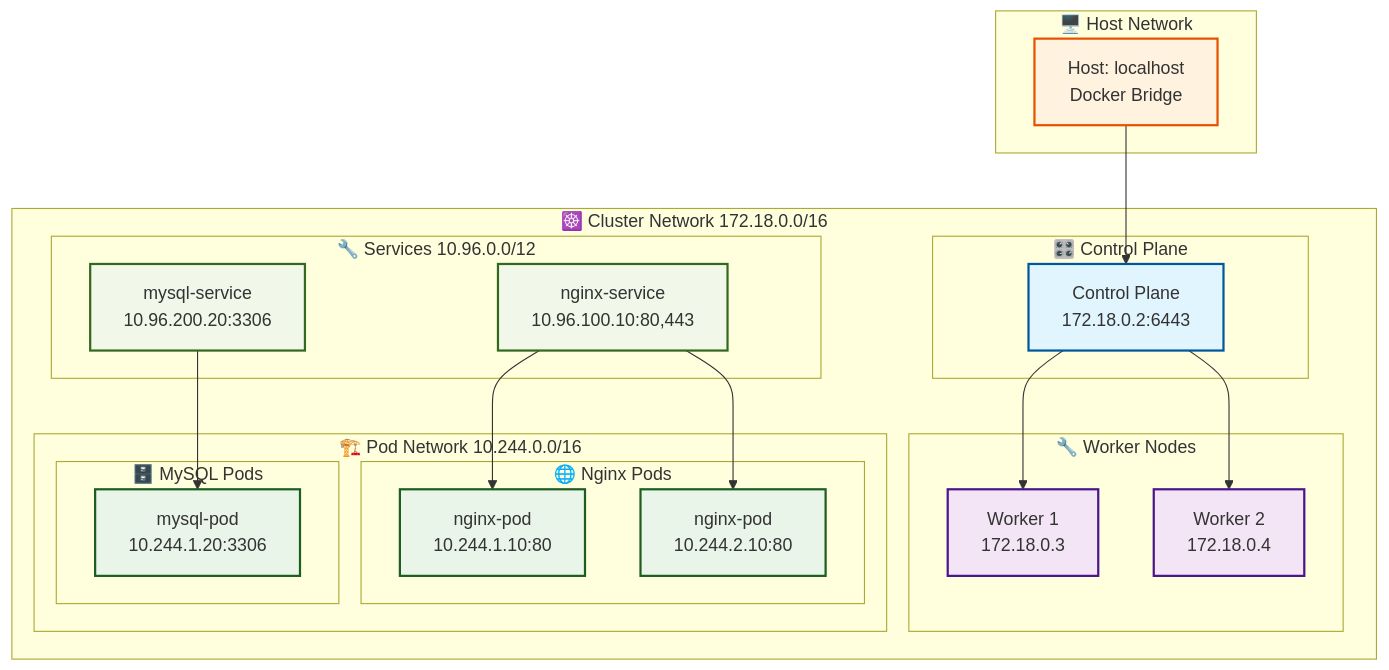
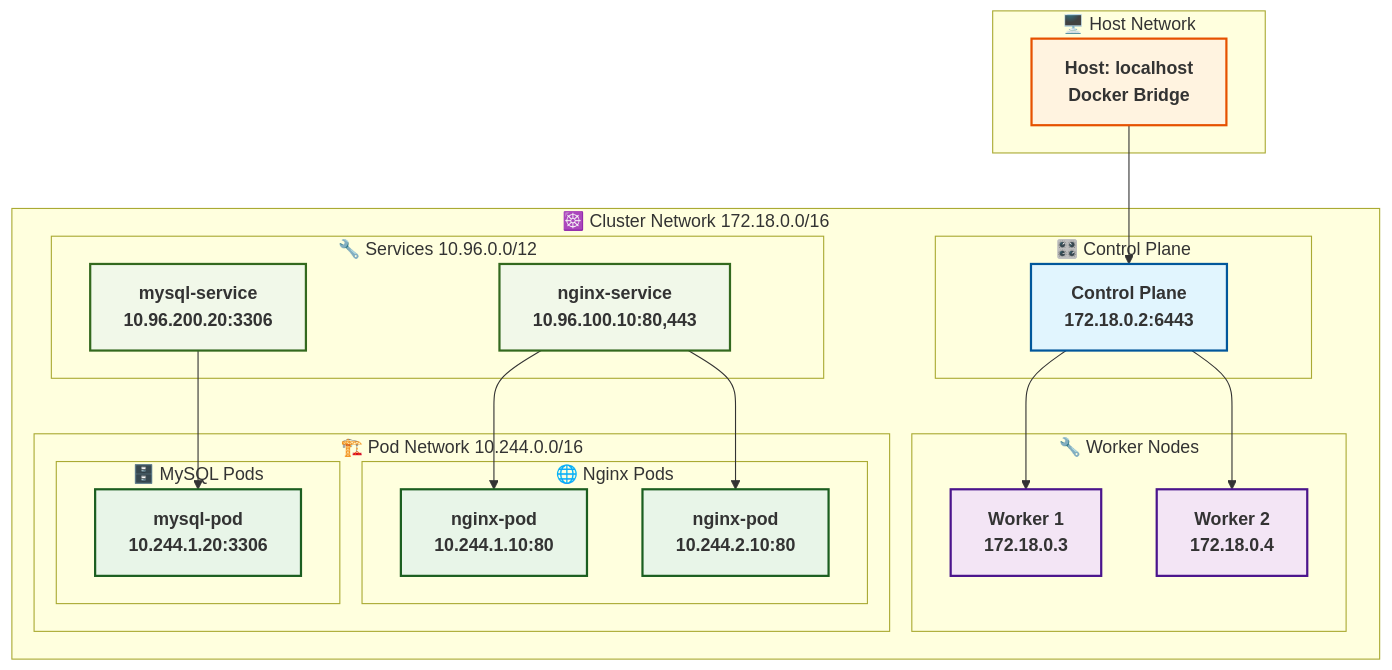
The sixth of 9 diagrams in ARCHITECTURE.md (msreekanth02/kind-kubernetes-cluster-manager), drawn with Mermaid before and after one commit. The commit also changed other lines of this file, not shown here.

First line of the commit message:
🎨 Enhance all Mermaid diagrams with improved typography

````diff
--- a/ARCHITECTURE.md
+++ b/ARCHITECTURE.md
@@ -212,53 +212,53 @@
 ```mermaid
 graph TB
     subgraph "🖥️ Host Network"
         HOST_IP["Host: localhost<br/>Docker Bridge"]
     end
     
     subgraph "☸️ Cluster Network 172.18.0.0/16"
         subgraph "🎛️ Control Plane"
             CP_NODE["Control Plane<br/>172.18.0.2:6443"]
         end
         
         subgraph "🔧 Worker Nodes"
             W1_NODE["Worker 1<br/>172.18.0.3"]
             W2_NODE["Worker 2<br/>172.18.0.4"]
         end
         
         subgraph "🏗️ Pod Network 10.244.0.0/16"
             subgraph "🌐 Nginx Pods"
                 NGINX_POD1["nginx-pod<br/>10.244.1.10:80"]
                 NGINX_POD2["nginx-pod<br/>10.244.2.10:80"]
             end
             
             subgraph "🗄️ MySQL Pods"
                 MYSQL_POD["mysql-pod<br/>10.244.1.20:3306"]
             end
         end
         
         subgraph "🔧 Services 10.96.0.0/12"
             NGINX_SVC["nginx-service<br/>10.96.100.10:80,443"]
             MYSQL_SVC["mysql-service<br/>10.96.200.20:3306"]
         end
     end
     
     HOST_IP --> CP_NODE
     CP_NODE --> W1_NODE
     CP_NODE --> W2_NODE
     
     NGINX_SVC --> NGINX_POD1
     NGINX_SVC --> NGINX_POD2
     MYSQL_SVC --> MYSQL_POD
     
-    classDef host fill:#fff3e0,stroke:#e65100,stroke-width:2px
-    classDef control fill:#e1f5fe,stroke:#01579b,stroke-width:2px
-    classDef worker fill:#f3e5f5,stroke:#4a148c,stroke-width:2px
-    classDef pod fill:#e8f5e8,stroke:#1b5e20,stroke-width:2px
-    classDef service fill:#f1f8e9,stroke:#33691e,stroke-width:2px
+    classDef host fill:#fff3e0,stroke:#e65100,stroke-width:2px,font-size:16px,font-weight:bold
+    classDef control fill:#e1f5fe,stroke:#01579b,stroke-width:2px,font-size:16px,font-weight:bold
+    classDef worker fill:#f3e5f5,stroke:#4a148c,stroke-width:2px,font-size:16px,font-weight:bold
+    classDef pod fill:#e8f5e8,stroke:#1b5e20,stroke-width:2px,font-size:16px,font-weight:bold
+    classDef service fill:#f1f8e9,stroke:#33691e,stroke-width:2px,font-size:16px,font-weight:bold
     
     class HOST_IP host
     class CP_NODE control
     class W1_NODE,W2_NODE worker
     class NGINX_POD1,NGINX_POD2,MYSQL_POD pod
     class NGINX_SVC,MYSQL_SVC service
 ```
````
